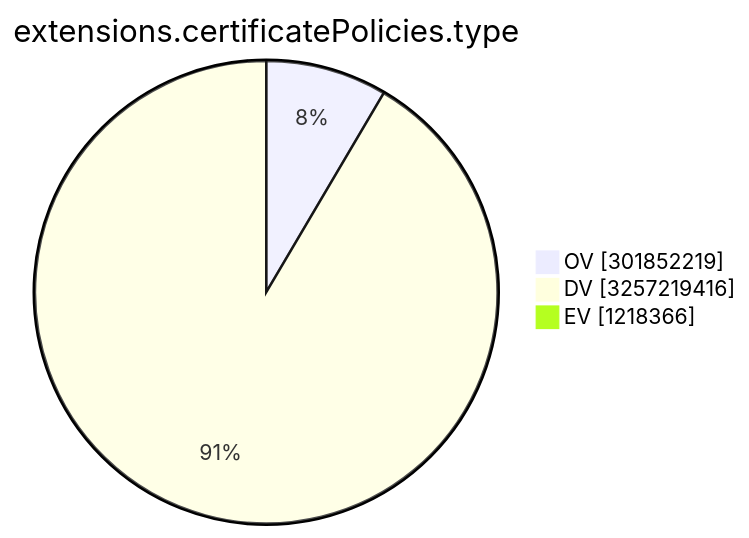
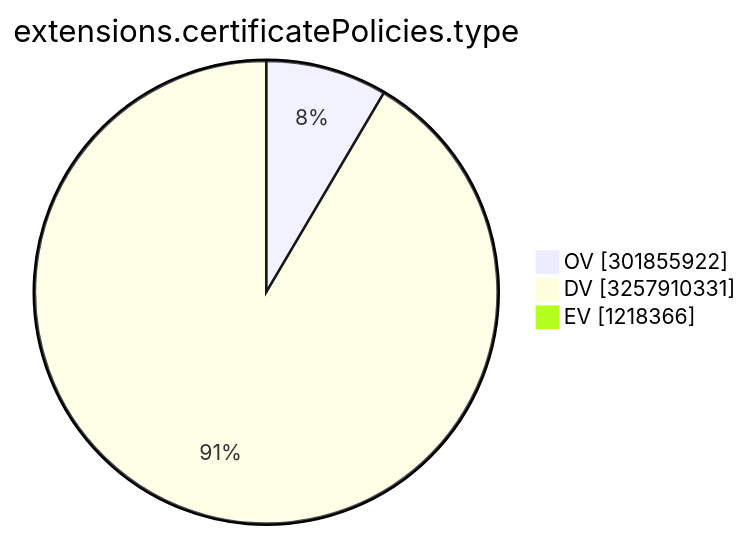
The ninth of 15 diagrams in TOTAL/README.md (christiankrug/ctmonitor_visualization), drawn with Mermaid before and after one commit. The commit also changed other lines of this file, not shown here.

````diff
--- a/TOTAL/README.md
+++ b/TOTAL/README.md
@@ -3107,7 +3107,7 @@
 ```mermaid
 pie showData
 title extensions.certificatePolicies.type
-"OV" :301852219
-"DV" :3257219416
+"OV" :301855922
+"DV" :3257910331
 "EV" :1218366
 ```
````
